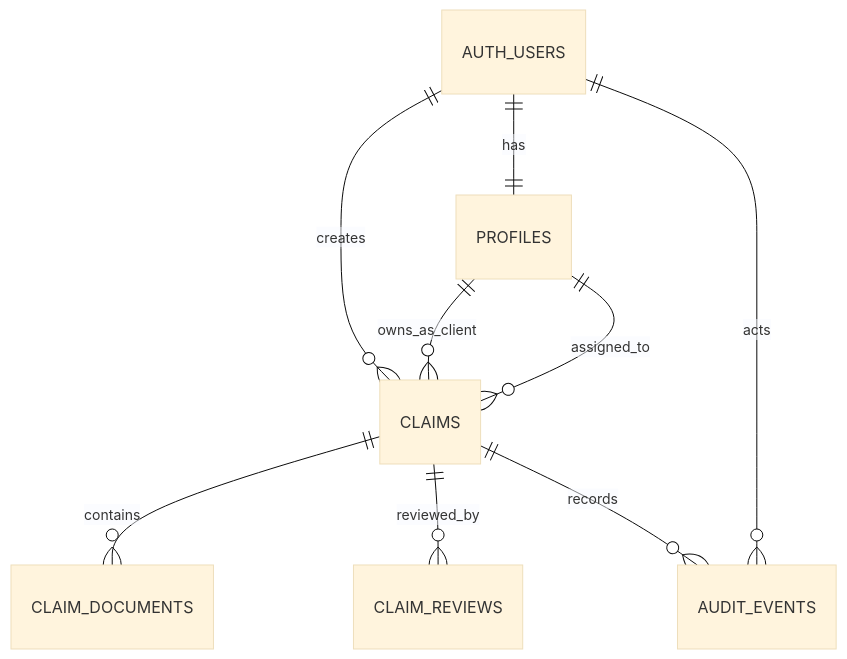
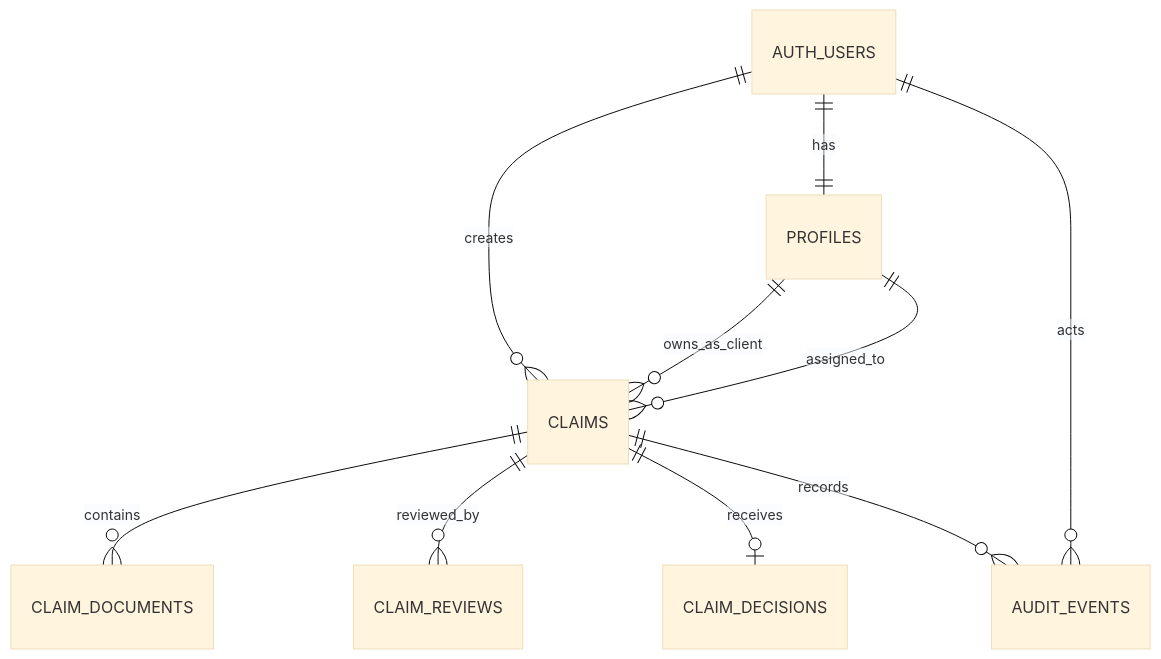
The third of 3 diagrams in README.md (zaynahamiraly/ClaimLens-AI), drawn with Mermaid (base theme) before and after one commit. The commit also changed other lines of this file and 14 other files, not shown here.

Commit message:
feat: add claim decisions and settlement workflow

````diff
--- a/README.md
+++ b/README.md
@@ -337,11 +348,12 @@
 ```mermaid
 erDiagram
     AUTH_USERS ||--|| PROFILES : has
     AUTH_USERS ||--o{ CLAIMS : creates
     PROFILES ||--o{ CLAIMS : owns_as_client
     PROFILES ||--o{ CLAIMS : assigned_to
     CLAIMS ||--o{ CLAIM_DOCUMENTS : contains
     CLAIMS ||--o{ CLAIM_REVIEWS : reviewed_by
+    CLAIMS ||--o| CLAIM_DECISIONS : receives
     CLAIMS ||--o{ AUDIT_EVENTS : records
     AUTH_USERS ||--o{ AUDIT_EVENTS : acts
 ```
````
